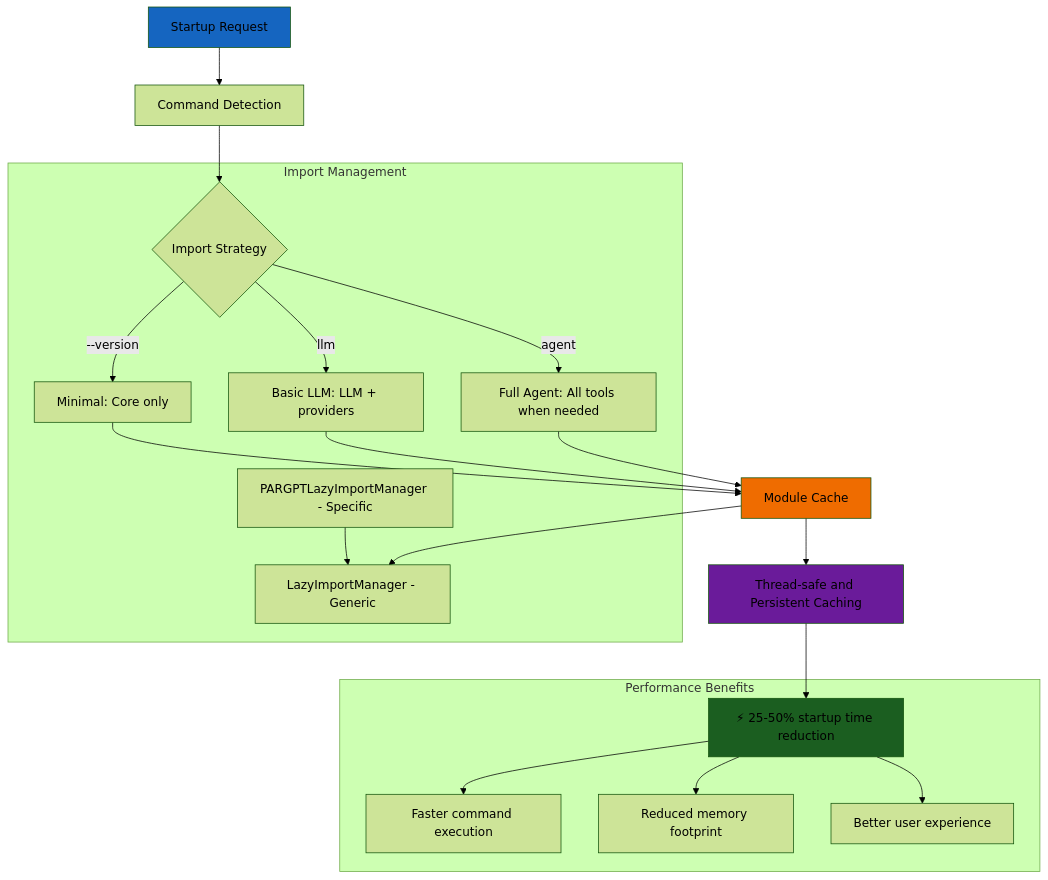
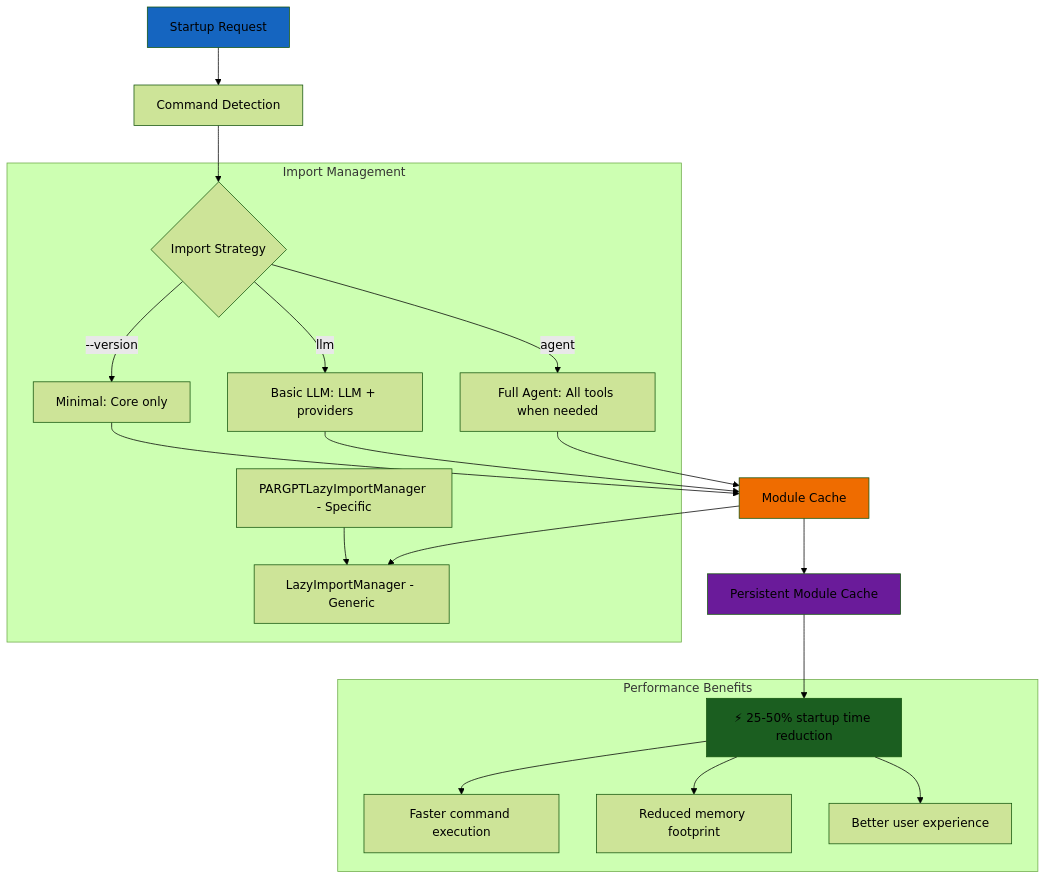
Before and after one commit to paulrobello/par_gpt: diagram 11 of 14 in ARCHITECTURE.md, drawn with Mermaid (forest theme). The commit also changed other lines of this file and 1 other file, not shown here.

First line of the commit message:
docs(architecture): ARC-008 reconcile ARCHITECTURE.md and IMPROVEMENTS_SUMMARY.md

````diff
--- a/ARCHITECTURE.md
+++ b/ARCHITECTURE.md
@@ -554,43 +567,43 @@
 ```mermaid
 flowchart TD
     A[Startup Request] --> B[Command Detection]
     B --> C{Import Strategy}
     C -->|--version| D[Minimal: Core only]
     C -->|llm| E[Basic LLM: LLM + providers]
     C -->|agent| F[Full Agent: All tools when needed]
     
     D --> G[Module Cache]
     E --> G
     F --> G
     
-    G --> H[Thread-safe and Persistent Caching]
+    G --> H[Persistent Module Cache]
     H --> I[⚡ 25-50% startup time reduction]
     
     subgraph "Import Management"
         C
         D
         E
         F
         M[LazyImportManager - Generic]
         N[PARGPTLazyImportManager - Specific]
     end
     
     subgraph "Performance Benefits"
         I
         J[Faster command execution]
         K[Reduced memory footprint]
         L[Better user experience]
     end
     
     I --> J
     I --> K  
     I --> L
     
     G --> M
     N --> M
     
     style A fill:#1565c0
     style I fill:#1b5e20
     style G fill:#ef6c00
     style H fill:#6a1b9a
 ```
````
